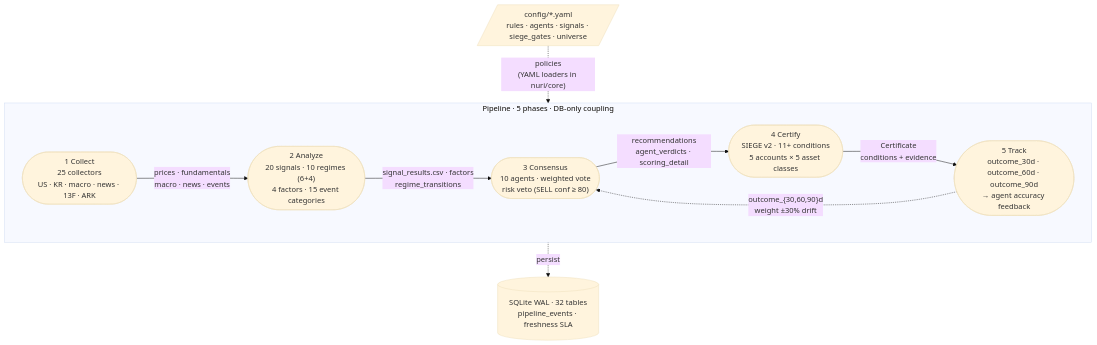
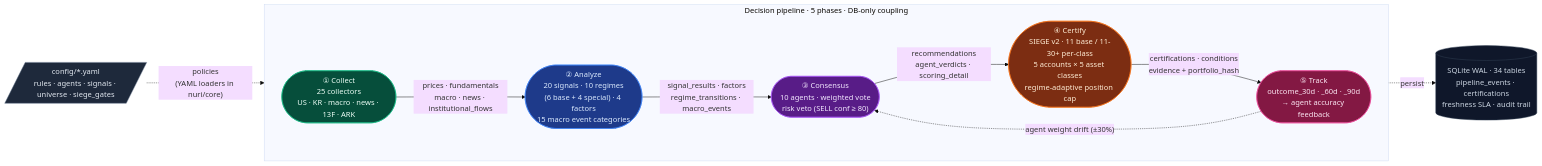
Before and after one commit to researcherhojin/nuri-quant: the diagram in README.md, drawn with Mermaid (base theme). The commit also changed other lines of this file and 4 other files, not shown here.

First line of the commit message:
chore(docs): refactor root docs + config (stale counts + Mermaid + dual-pipeline) (#427)

````diff
--- a/README.md
+++ b/README.md
@@ -19,24 +19,32 @@
 ```mermaid
-flowchart TD
-    CFG[/"config/*.yaml<br/>rules · agents · signals · siege_gates · universe"/]
+flowchart LR
+    CFG[/"config/*.yaml<br/>rules · agents · signals · universe · siege_gates"/]:::config
 
-    subgraph Pipeline["Pipeline · 5 phases · DB-only coupling"]
+    subgraph Pipeline["Decision pipeline · 5 phases · DB-only coupling"]
         direction LR
-        A(["1 Collect<br/>25 collectors<br/>US · KR · macro · news · 13F · ARK"])
-        B(["2 Analyze<br/>20 signals · 10 regimes (6+4)<br/>4 factors · 15 event categories"])
-        C(["3 Consensus<br/>10 agents · weighted vote<br/>risk veto (SELL conf ≥ 80)"])
-        D(["4 Certify<br/>SIEGE v2 · 11+ conditions<br/>5 accounts × 5 asset classes"])
-        E(["5 Track<br/>outcome_30d · outcome_60d · outcome_90d<br/>→ agent accuracy feedback"])
+        A(["① Collect<br/>25 collectors<br/>US · KR · macro · news · 13F · ARK"]):::collect
+        B(["② Analyze<br/>20 signals · 10 regimes<br/>(6 base + 4 special) · 4 factors<br/>15 macro event categories"]):::analyze
+        C(["③ Consensus<br/>10 agents · weighted vote<br/>risk veto (SELL conf ≥ 80)"]):::consensus
+        D(["④ Certify<br/>SIEGE v2 · 11 base / 11-30+ per-class<br/>5 accounts × 5 asset classes<br/>regime-adaptive position cap"]):::certify
+        E(["⑤ Track<br/>outcome_30d · _60d · _90d<br/>→ agent accuracy feedback"]):::track
 
-        A -- "prices · fundamentals<br/>macro · news · events" --> B
-        B -- "signal_results.csv · factors<br/>regime_transitions" --> C
+        A -- "prices · fundamentals<br/>macro · news · institutional_flows" --> B
+        B -- "signal_results · factors<br/>regime_transitions · macro_events" --> C
         C -- "recommendations<br/>agent_verdicts · scoring_detail" --> D
-        D -- "Certificate<br/>conditions + evidence" --> E
-        E -. "outcome_{30,60,90}d<br/>weight ±30% drift" .-> C
+        D -- "certifications · conditions<br/>evidence + portfolio_hash" --> E
+        E -. "agent weight drift (±30%)" .-> C
     end
 
-    DB[("SQLite WAL · 32 tables<br/>pipeline_events · freshness SLA")]
+    DB[("SQLite WAL · 34 tables<br/>pipeline_events · certifications<br/>freshness SLA · audit trail")]:::db
 
     CFG -. "policies<br/>(YAML loaders in nuri/core)" .-> Pipeline
     Pipeline -. persist .-> DB
+
+    classDef config fill:#1e293b,stroke:#64748b,color:#e2e8f0
+    classDef collect fill:#064e3b,stroke:#10b981,color:#ecfdf5
+    classDef analyze fill:#1e3a8a,stroke:#3b82f6,color:#dbeafe
+    classDef consensus fill:#581c87,stroke:#a855f7,color:#f3e8ff
+    classDef certify fill:#7c2d12,stroke:#f97316,color:#ffedd5
+    classDef track fill:#831843,stroke:#ec4899,color:#fce7f3
+    classDef db fill:#0f172a,stroke:#334155,color:#cbd5e1
 ```
````
